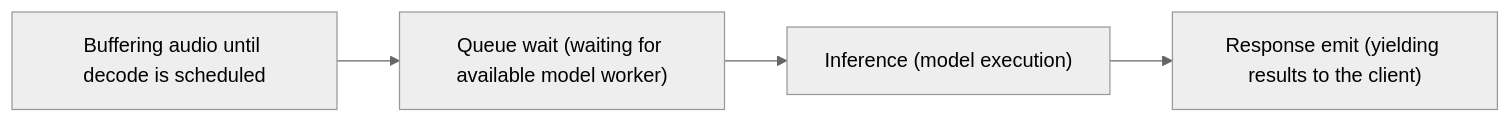
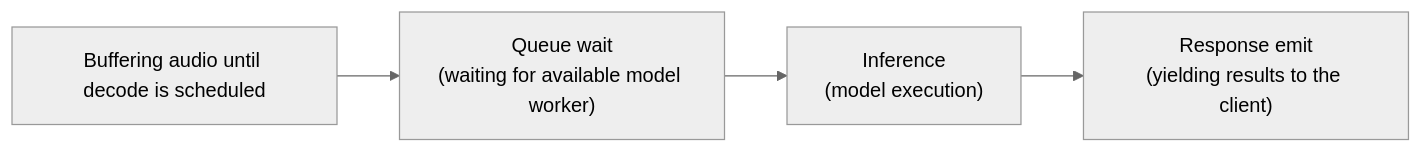
The second of 2 diagrams in README.md (brightleeh/whisper-streaming-stt-server), drawn with Mermaid (neutral theme) before and after one commit. The commit also changed other lines of this file, not shown here.

````diff
--- a/README.md
+++ b/README.md
@@ -283,8 +387,8 @@
 ```mermaid
 flowchart LR
   Buffering["Buffering audio until decode is scheduled"]
-  QueueWait["Queue wait (waiting for available model worker)"]
-  Inference["Inference (model execution)"]
-  ResponseEmit["Response emit (yielding results to the client)"]
+  QueueWait["Queue wait<br>(waiting for available model worker)"]
+  Inference["Inference<br>(model execution)"]
+  ResponseEmit["Response emit<br>(yielding results to the client)"]
   Buffering --> QueueWait --> Inference --> ResponseEmit
 ```
````
